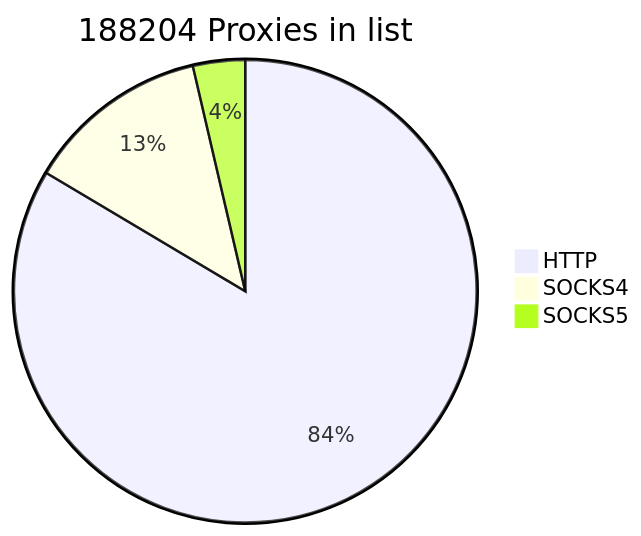
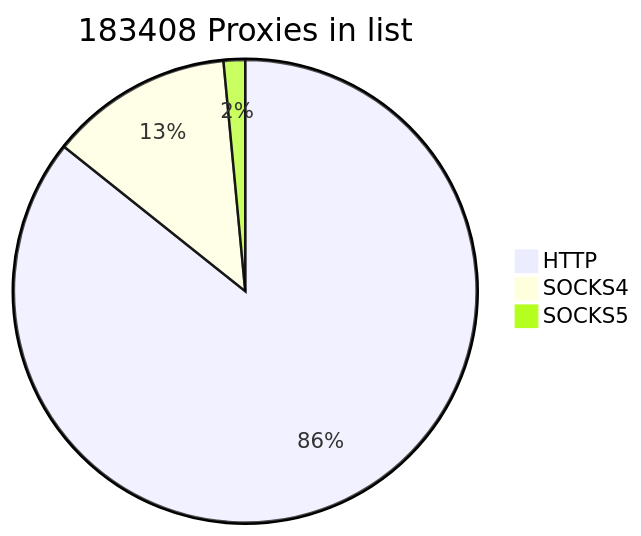
One commit to cutipu/proxylist changed the first of 2 diagrams in README.md. Above: the diagram before and after it, drawn with Mermaid. The commit also changed other lines of this file, not shown here.

````diff
--- a/README.md
+++ b/README.md
@@ -2,7 +2,7 @@
 ```mermaid
-pie title 188204 Proxies in list
-    "HTTP" : 157230
-    "SOCKS4" : 24123
-    "SOCKS5" : 6851
+pie title 183408 Proxies in list
+    "HTTP" : 157205
+    "SOCKS4" : 23446
+    "SOCKS5" : 2757
             
 ```
````
